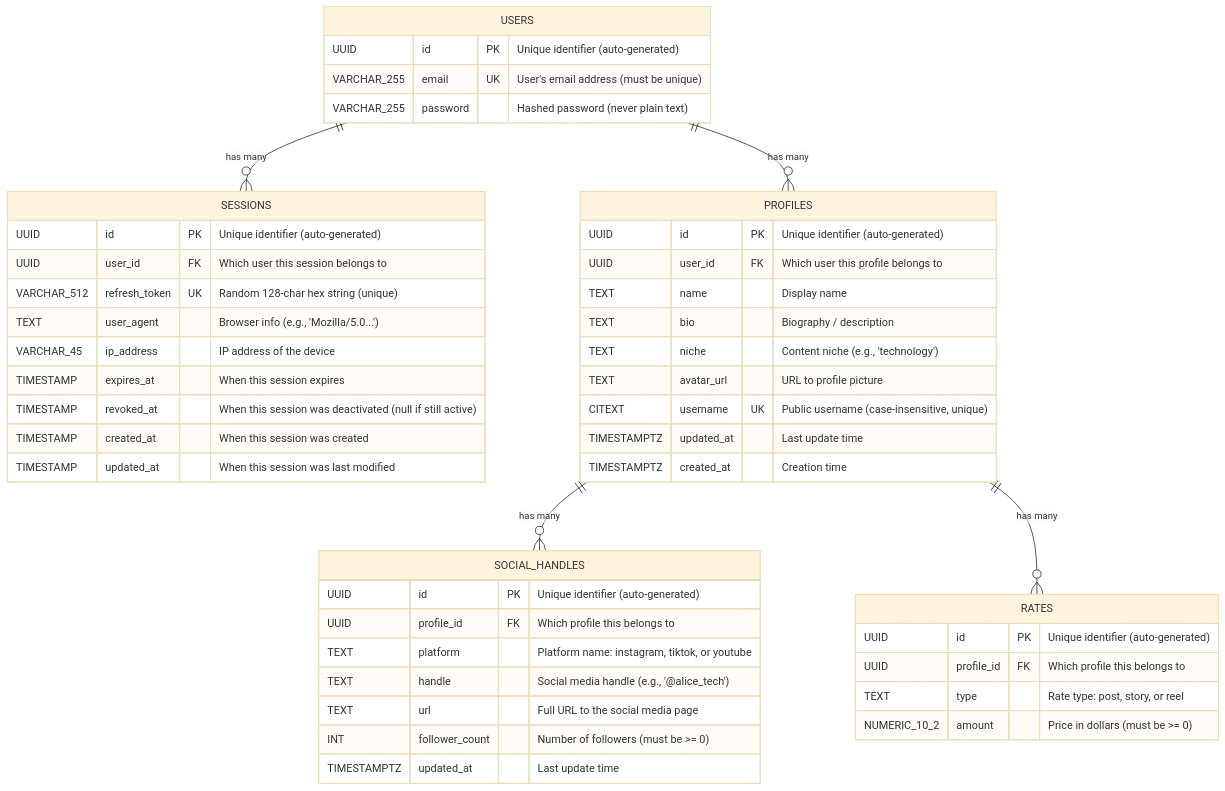
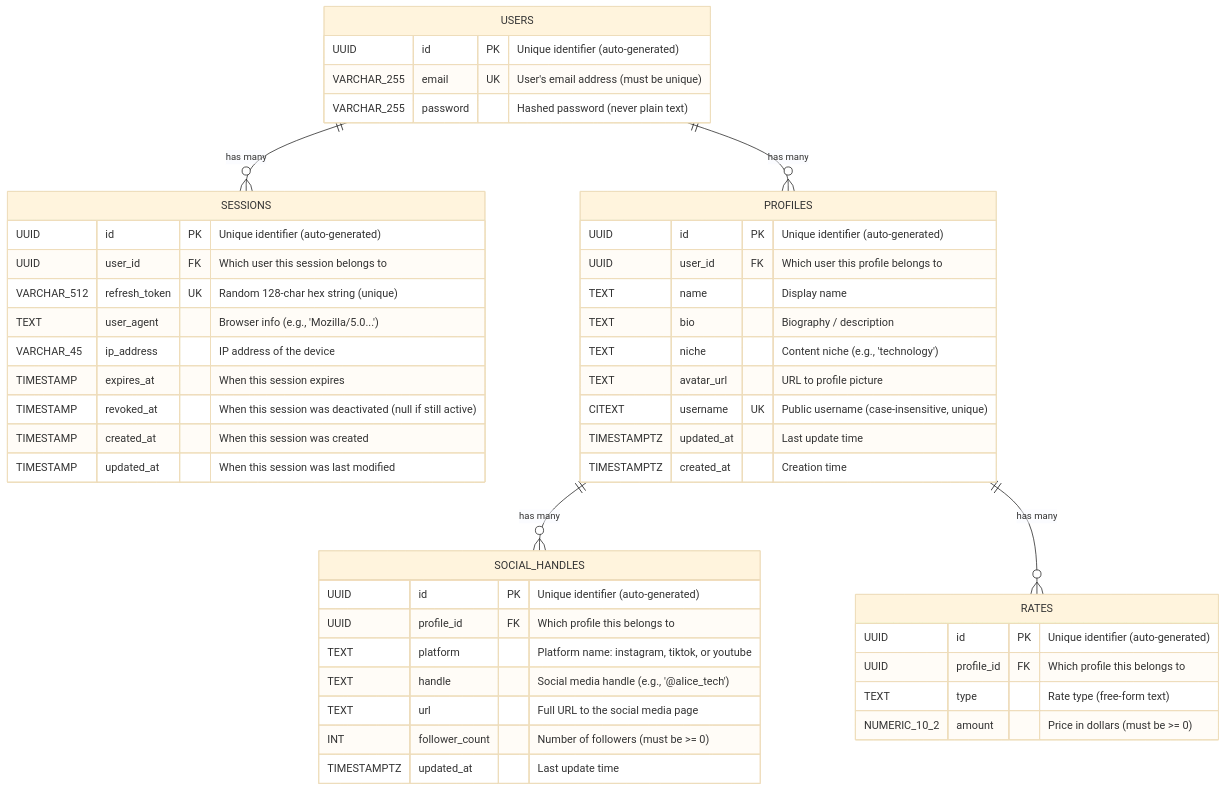
The second of 8 diagrams in DOCUMENTATION.md (linhphandk/outcast-api), drawn with Mermaid (base theme) before and after one commit. The commit also changed other lines of this file and 5 other files, not shown here.

````diff
--- a/DOCUMENTATION.md
+++ b/DOCUMENTATION.md
@@ -387,54 +387,54 @@
 ```mermaid
 erDiagram
     USERS {
         UUID id PK "Unique identifier (auto-generated)"
         VARCHAR_255 email UK "User's email address (must be unique)"
         VARCHAR_255 password "Hashed password (never plain text)"
     }
 
     SESSIONS {
         UUID id PK "Unique identifier (auto-generated)"
         UUID user_id FK "Which user this session belongs to"
         VARCHAR_512 refresh_token UK "Random 128-char hex string (unique)"
         TEXT user_agent "Browser info (e.g., 'Mozilla/5.0...')"
         VARCHAR_45 ip_address "IP address of the device"
         TIMESTAMP expires_at "When this session expires"
         TIMESTAMP revoked_at "When this session was deactivated (null if still active)"
         TIMESTAMP created_at "When this session was created"
         TIMESTAMP updated_at "When this session was last modified"
     }
 
     PROFILES {
         UUID id PK "Unique identifier (auto-generated)"
         UUID user_id FK "Which user this profile belongs to"
         TEXT name "Display name"
         TEXT bio "Biography / description"
         TEXT niche "Content niche (e.g., 'technology')"
         TEXT avatar_url "URL to profile picture"
         CITEXT username UK "Public username (case-insensitive, unique)"
         TIMESTAMPTZ updated_at "Last update time"
         TIMESTAMPTZ created_at "Creation time"
     }
 
     SOCIAL_HANDLES {
         UUID id PK "Unique identifier (auto-generated)"
         UUID profile_id FK "Which profile this belongs to"
         TEXT platform "Platform name: instagram, tiktok, or youtube"
         TEXT handle "Social media handle (e.g., '@alice_tech')"
         TEXT url "Full URL to the social media page"
         INT follower_count "Number of followers (must be >= 0)"
         TIMESTAMPTZ updated_at "Last update time"
     }
 
     RATES {
         UUID id PK "Unique identifier (auto-generated)"
         UUID profile_id FK "Which profile this belongs to"
-        TEXT type "Rate type: post, story, or reel"
+        TEXT type "Rate type (free-form text)"
         NUMERIC_10_2 amount "Price in dollars (must be >= 0)"
     }
 
     USERS ||--o{ SESSIONS : "has many"
     USERS ||--o{ PROFILES : "has many"
     PROFILES ||--o{ SOCIAL_HANDLES : "has many"
     PROFILES ||--o{ RATES : "has many"
 ```
````
